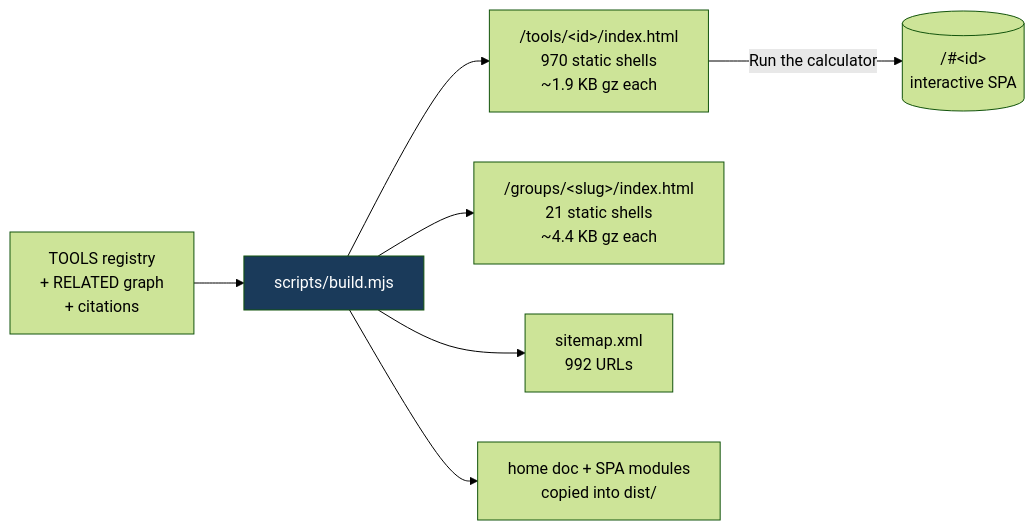
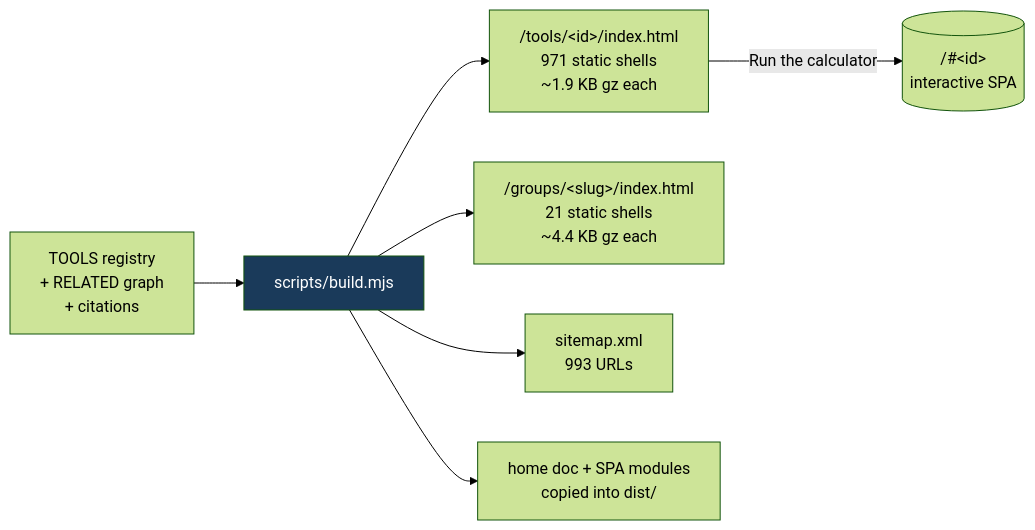
One commit to clay-good/roughlogic.com changed the fifth of 8 diagrams in README.md. Above: the diagram before and after it, drawn with Mermaid (forest theme). The commit also changed other lines of this file and 12 other files, not shown here.

````diff
--- a/README.md
+++ b/README.md
@@ -495,10 +495,10 @@
 ```mermaid
 flowchart LR
     SRC[TOOLS registry\n+ RELATED graph\n+ citations] --> BUILD[scripts/build.mjs]
-    BUILD --> TILE["/tools/&lt;id&gt;/index.html\n970 static shells\n~1.9 KB gz each"]
+    BUILD --> TILE["/tools/&lt;id&gt;/index.html\n971 static shells\n~1.9 KB gz each"]
     BUILD --> GROUP["/groups/&lt;slug&gt;/index.html\n21 static shells\n~4.4 KB gz each"]
-    BUILD --> MAP["sitemap.xml\n992 URLs"]
+    BUILD --> MAP["sitemap.xml\n993 URLs"]
     BUILD --> COPY[home doc + SPA modules\ncopied into dist/]
     TILE -->|Run the calculator| SPA[("/#&lt;id&gt;\ninteractive SPA")]
     style BUILD fill:#1a3a5a,color:#fff
 ```
````
